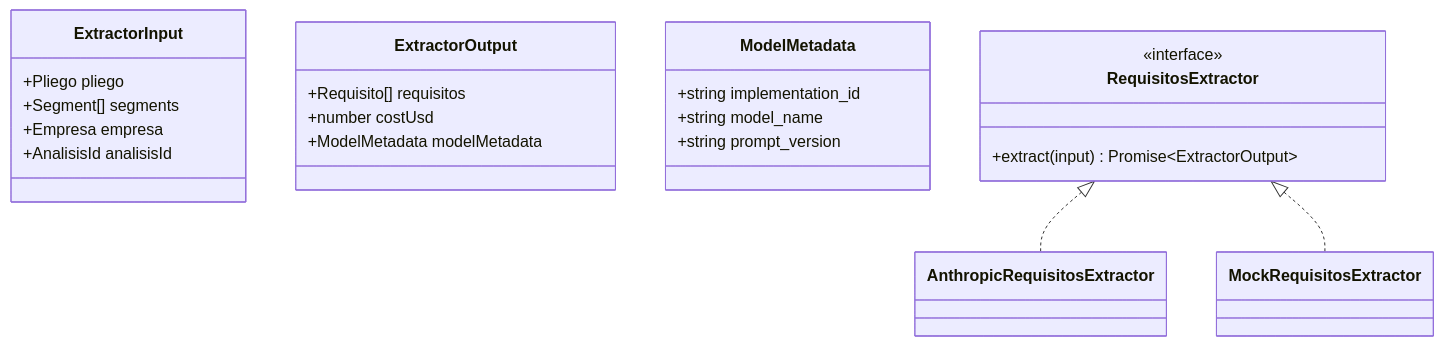
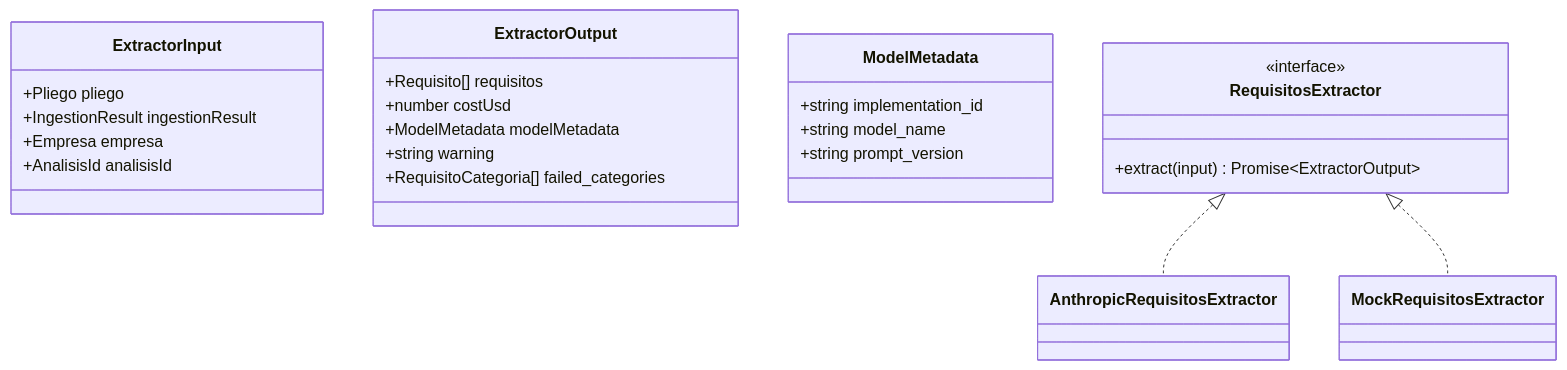
Before and after one commit to agentezai/coltratos: the second of 3 diagrams in docs/requisitos-extraction/feat/00-overview.md, drawn with Mermaid. The commit also changed other lines of this file and 24 other files, not shown here.

````diff
--- a/docs/requisitos-extraction/feat/00-overview.md
+++ b/docs/requisitos-extraction/feat/00-overview.md
@@ -77,29 +77,31 @@
 ```mermaid
 classDiagram
     class ExtractorInput {
         +Pliego pliego
-        +Segment[] segments
+        +IngestionResult ingestionResult
         +Empresa empresa
         +AnalisisId analisisId
     }
 
     class ExtractorOutput {
         +Requisito[] requisitos
         +number costUsd
         +ModelMetadata modelMetadata
+        +string warning
+        +RequisitoCategoria[] failed_categories
     }
 
     class ModelMetadata {
         +string implementation_id
         +string model_name
         +string prompt_version
     }
 
     class RequisitosExtractor {
         <<interface>>
         +extract(input) Promise~ExtractorOutput~
     }
 
     RequisitosExtractor <|.. AnthropicRequisitosExtractor
     RequisitosExtractor <|.. MockRequisitosExtractor
 ```
````
